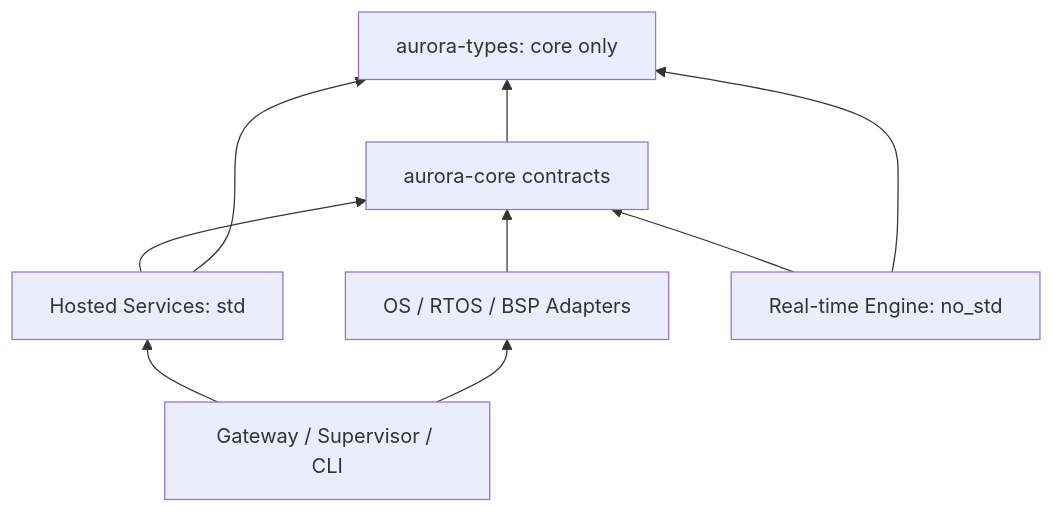
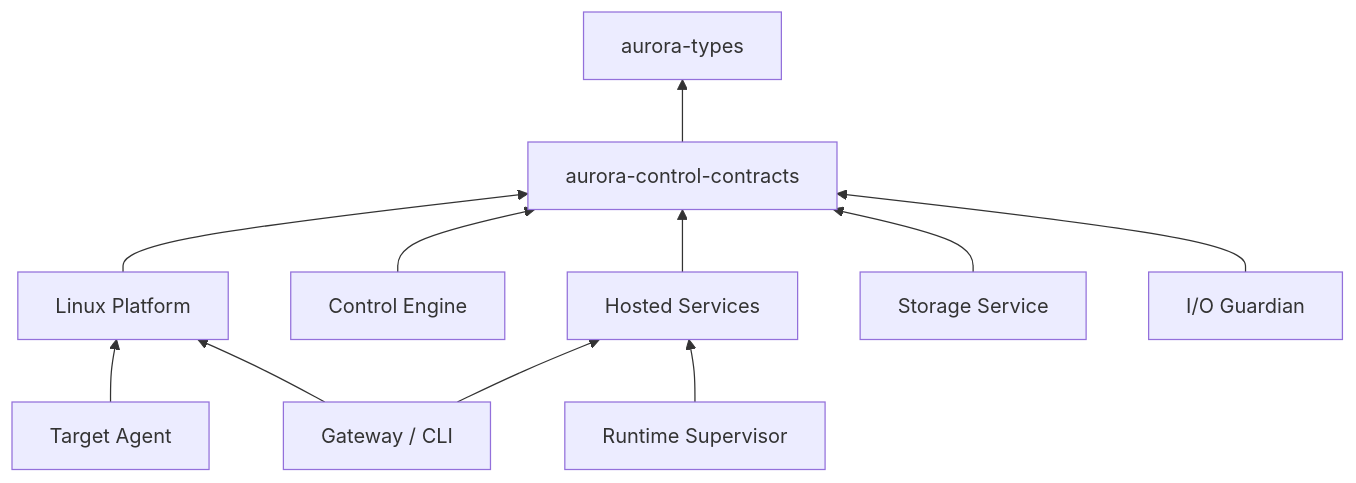
Before and after one commit to leng125172-code/AuroraApp: the second of 3 diagrams in Documents/Architecture/Aurora-Platform-Architecture.md, drawn with Mermaid. The commit also changed other lines of this file and 3 other files, not shown here.

Commit message:
docs(architecture): finalize Aurora platform architecture

````diff
--- a/Documents/Architecture/Aurora-Platform-Architecture.md
+++ b/Documents/Architecture/Aurora-Platform-Architecture.md
@@ -170,11 +218,13 @@
 ```mermaid
 flowchart BT
-    Ports[OS / RTOS / BSP Adapters] --> Contracts[aurora-core contracts]
-    Hosted[Hosted Services: std] --> Contracts
-    RT[Real-time Engine: no_std] --> Contracts
-    Apps[Gateway / Supervisor / CLI] --> Hosted
-    Apps --> Ports
-    Contracts --> Types[aurora-types: core only]
-    RT --> Types
-    Hosted --> Types
+    Platform[Linux Platform] --> Contracts[aurora-control-contracts]
+    Control[Control Engine] --> Contracts
+    Hosted[Hosted Services] --> Contracts
+    Storage[Storage Service] --> Contracts
+    Guardian[I/O Guardian] --> Contracts
+    Apps[Gateway / CLI] --> Hosted
+    Supervisor[Runtime Supervisor] --> Hosted
+    TargetAgent[Target Agent] --> Platform
+    Apps --> Platform
+    Contracts --> Types[aurora-types]
 ```
````
